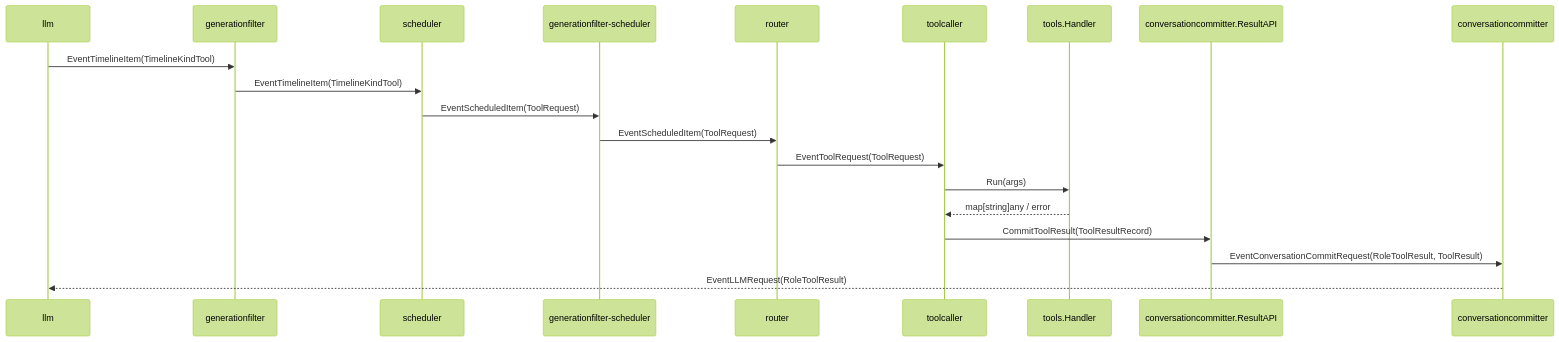
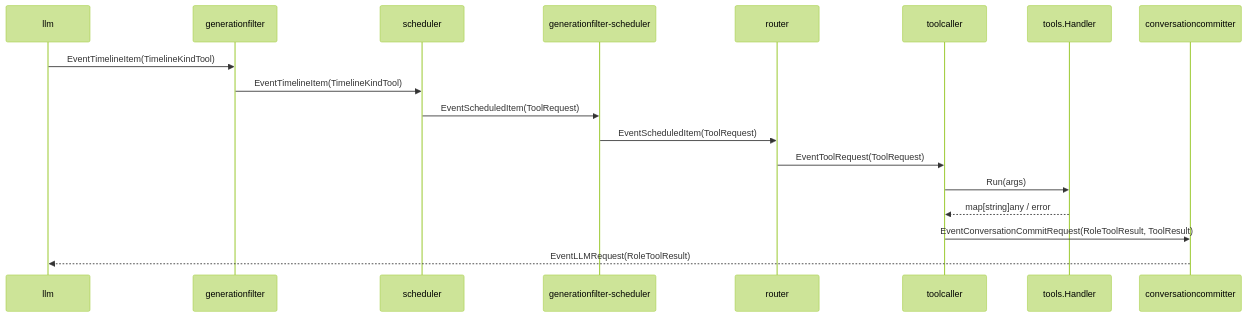
Before and after one commit to tetetratra/smart-speaker: the first of 2 diagrams in docs/components/toolcaller.md, drawn with Mermaid (forest theme). The commit also changed other lines of this file and 12 other files, not shown here.

````diff
--- a/docs/components/toolcaller.md
+++ b/docs/components/toolcaller.md
@@ -70,23 +64,21 @@
 ```mermaid
 sequenceDiagram
     participant LLM as llm
     participant GF1 as generationfilter
     participant SCH as scheduler
     participant GF2 as generationfilter-scheduler
     participant R as router
     participant TC as toolcaller
     participant H as tools.Handler
-    participant API as conversationcommitter.ResultAPI
     participant CC as conversationcommitter
 
     LLM->>GF1: EventTimelineItem(TimelineKindTool)
     GF1->>SCH: EventTimelineItem(TimelineKindTool)
     SCH->>GF2: EventScheduledItem(ToolRequest)
     GF2->>R: EventScheduledItem(ToolRequest)
     R->>TC: EventToolRequest(ToolRequest)
     TC->>H: Run(args)
     H-->>TC: map[string]any / error
-    TC->>API: CommitToolResult(ToolResultRecord)
-    API->>CC: EventConversationCommitRequest(RoleToolResult, ToolResult)
+    TC->>CC: EventConversationCommitRequest(RoleToolResult, ToolResult)
     CC-->>LLM: EventLLMRequest(RoleToolResult)
 ```
````
